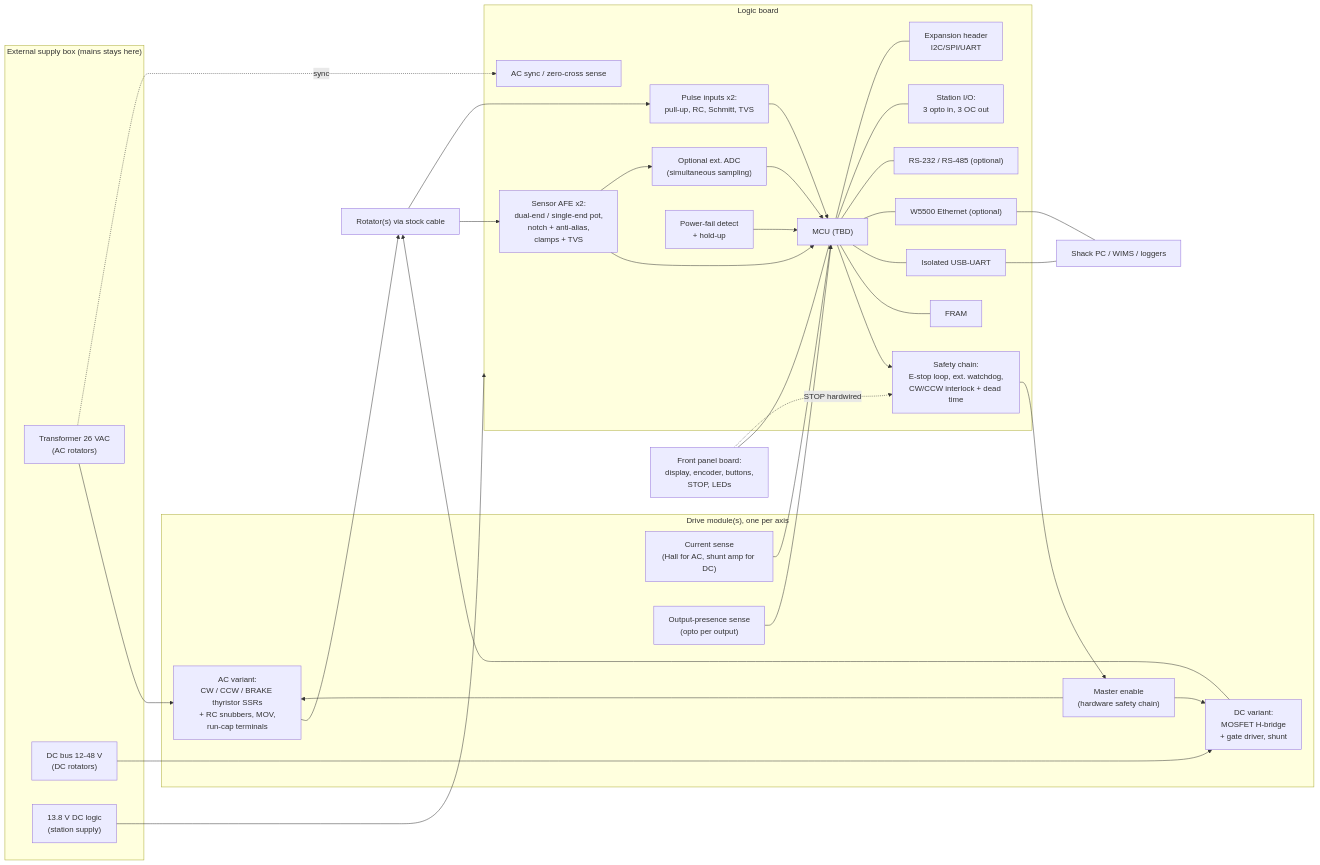
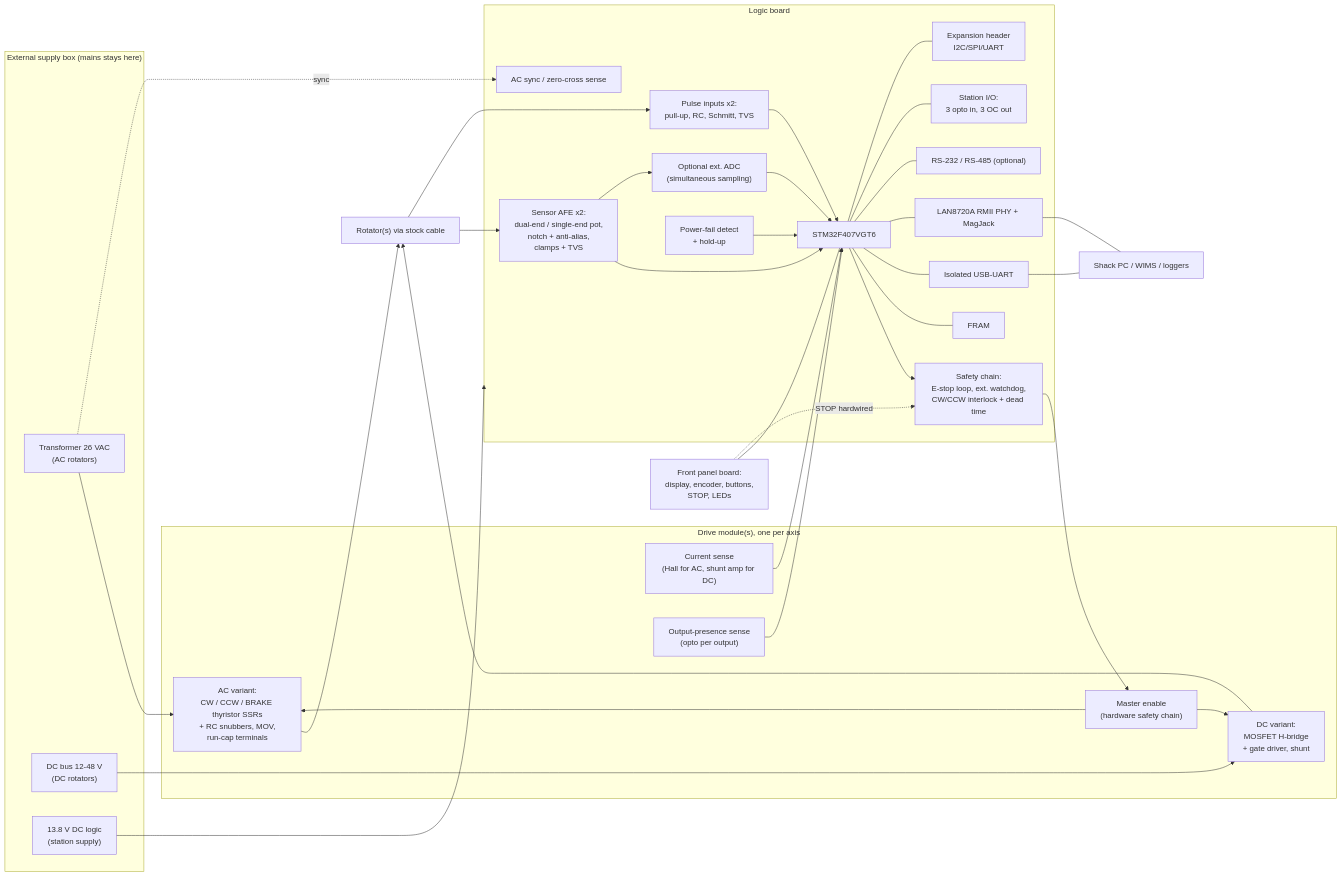
Before and after one commit to wa1hco/rotator_controller: the diagram in docs/design/hardware-requirements.md, drawn with Mermaid. The commit also changed other lines of this file and 17 other files, not shown here.

First line of the commit message:
Record JLCPCB sourcing and the STM32F407 plus LAN8720 choice.

````diff
--- a/docs/design/hardware-requirements.md
+++ b/docs/design/hardware-requirements.md
@@ -21,60 +21,60 @@
 ```mermaid
 flowchart LR
   subgraph PSU["External supply box (mains stays here)"]
     XF["Transformer 26 VAC<br/>(AC rotators)"]
     DCB["DC bus 12-48 V<br/>(DC rotators)"]
     LOG["13.8 V DC logic<br/>(station supply)"]
   end
 
   subgraph DRV["Drive module(s), one per axis"]
     MEN["Master enable<br/>(hardware safety chain)"]
     ACM["AC variant:<br/>CW / CCW / BRAKE thyristor SSRs<br/>+ RC snubbers, MOV,<br/>run-cap terminals"]
     DCM["DC variant:<br/>MOSFET H-bridge<br/>+ gate driver, shunt"]
     ISN["Current sense<br/>(Hall for AC, shunt amp for DC)"]
     OSN["Output-presence sense<br/>(opto per output)"]
   end
 
   subgraph LB["Logic board"]
-    MCU["MCU (TBD)"]
+    MCU["STM32F407VGT6"]
     AFE["Sensor AFE x2:<br/>dual-end / single-end pot,<br/>notch + anti-alias,<br/>clamps + TVS"]
     PUL["Pulse inputs x2:<br/>pull-up, RC, Schmitt, TVS"]
     ADC["Optional ext. ADC<br/>(simultaneous sampling)"]
     FRAM["FRAM"]
     PFD["Power-fail detect<br/>+ hold-up"]
     SAF["Safety chain:<br/>E-stop loop, ext. watchdog,<br/>CW/CCW interlock + dead time"]
     ZX["AC sync / zero-cross sense"]
     USB["Isolated USB-UART"]
-    ETH["W5500 Ethernet (optional)"]
+    ETH["LAN8720A RMII PHY + MagJack"]
     SER["RS-232 / RS-485 (optional)"]
     SIO["Station I/O:<br/>3 opto in, 3 OC out"]
     EXP["Expansion header<br/>I2C/SPI/UART"]
   end
 
   FP["Front panel board:<br/>display, encoder, buttons,<br/>STOP, LEDs"]
   ROT["Rotator(s) via stock cable"]
   PC["Shack PC / WIMS / loggers"]
 
   XF --> ACM
   DCB --> DCM
   LOG --> LB
   XF -. sync .-> ZX
   MCU --> SAF --> MEN
   MEN --> ACM
   MEN --> DCM
   ACM --> ROT
   DCM --> ROT
   ISN --> MCU
   OSN --> MCU
   ROT --> AFE --> MCU
   AFE --> ADC --> MCU
   ROT --> PUL --> MCU
   MCU --- FRAM
   PFD --> MCU
   MCU --- USB --- PC
   MCU --- ETH --- PC
   MCU --- SER
   MCU --- SIO
   MCU --- EXP
   FP --- MCU
   FP -. STOP hardwired .-> SAF
 ```
````
